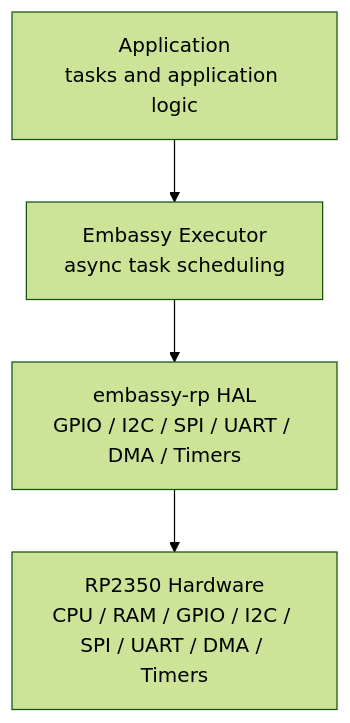
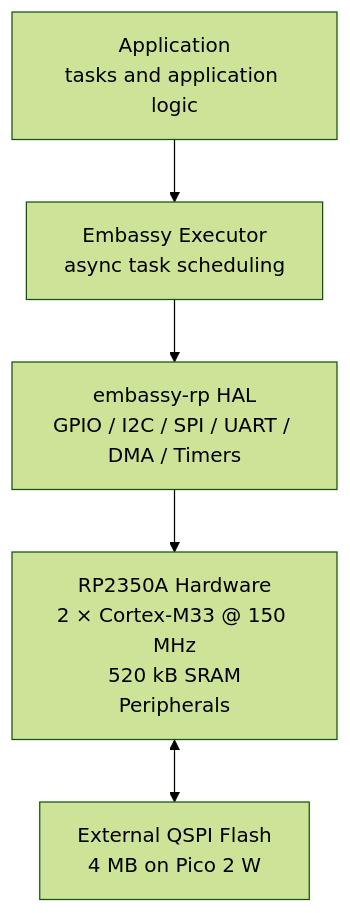
One commit to zmad5306/PicoDataLogger changed the first of 3 diagrams in docs/architecture.md. Above: the diagram before and after it, drawn with Mermaid (forest theme). The commit also changed other lines of this file, not shown here.

````diff
--- a/docs/architecture.md
+++ b/docs/architecture.md
@@ -35,11 +45,13 @@
 ```mermaid
 flowchart TD
     APP["Application<br/>tasks and application logic"]
     EXEC["Embassy Executor<br/>async task scheduling"]
     HAL["embassy-rp HAL<br/>GPIO / I2C / SPI / UART / DMA / Timers"]
-    HW["RP2350 Hardware<br/>CPU / RAM / GPIO / I2C / SPI / UART / DMA / Timers"]
+    HW["RP2350A Hardware<br/>2 × Cortex-M33 @ 150 MHz<br/>520 kB SRAM<br/>Peripherals"]
+    FLASH["External QSPI Flash<br/>4 MB on Pico 2 W"]
 
     APP --> EXEC
     EXEC --> HAL
     HAL --> HW
+    HW <--> FLASH
 ```
````
